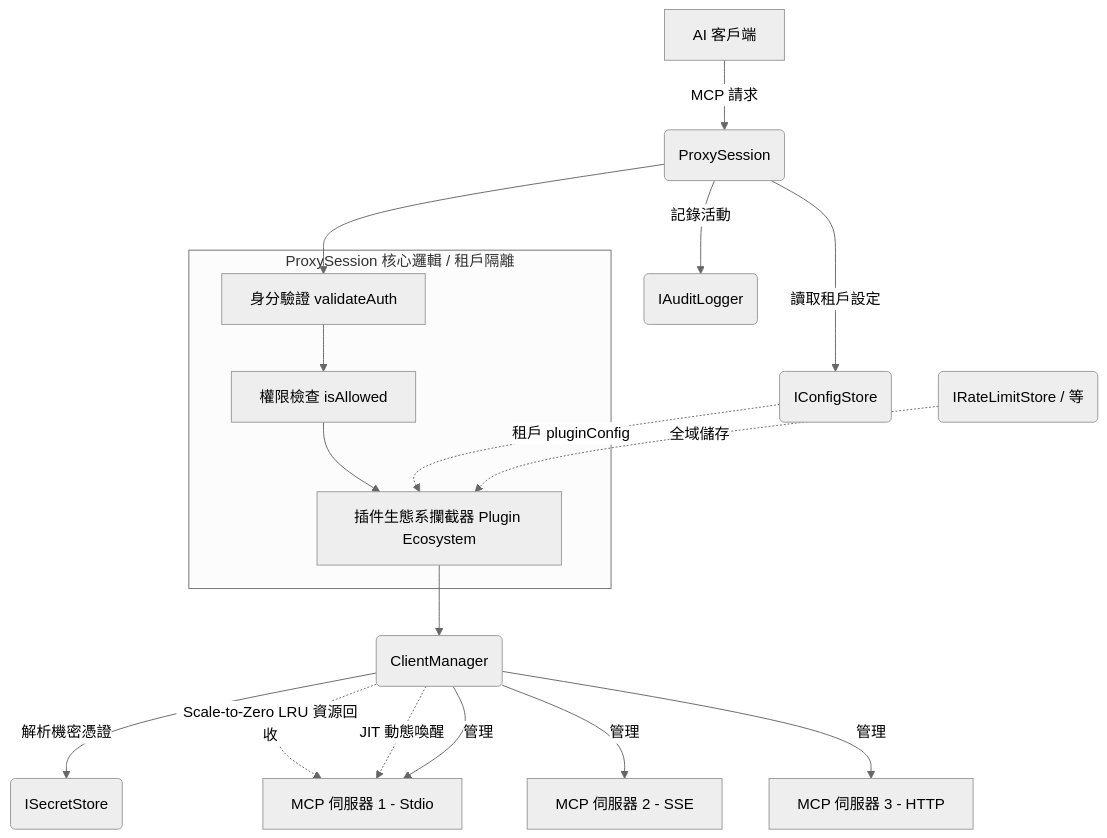
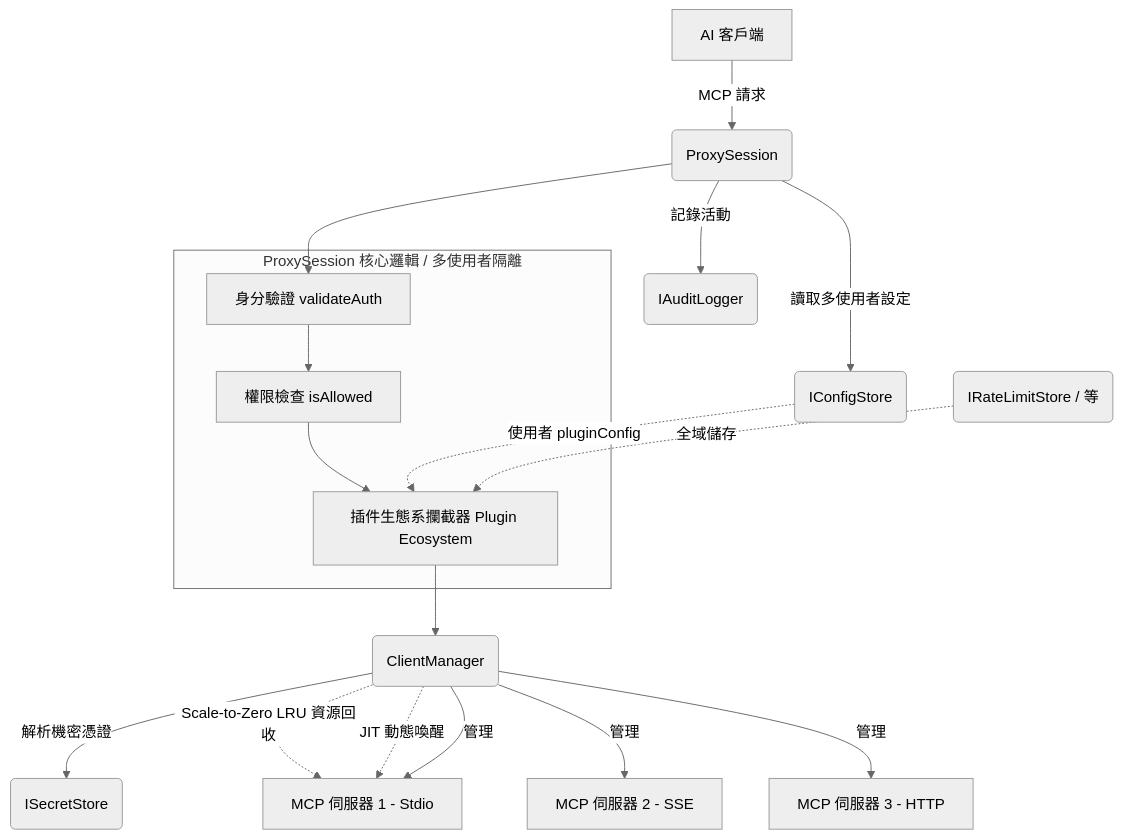
Before and after one commit to Cyber-Sec-Space/aag-core: the second of 2 diagrams in ARCHITECTURE.md, drawn with Mermaid (neutral theme). The commit also changed other lines of this file and 2 other files, not shown here.

````diff
--- a/ARCHITECTURE.md
+++ b/ARCHITECTURE.md
@@ -84,28 +84,28 @@
 ```mermaid
 graph TD
     Client[AI 客戶端] -->|MCP 請求| Proxy(ProxySession)
     
-    subgraph ProxyInternal [ProxySession 核心邏輯 / 租戶隔離]
+    subgraph ProxyInternal [ProxySession 核心邏輯 / 多使用者隔離]
         Auth[身分驗證 validateAuth]
         RBAC[權限檢查 isAllowed]
         Plugin[插件生態系攔截器 Plugin Ecosystem]
     end
     
     Proxy --> Auth
     Auth --> RBAC
     RBAC --> Plugin
     Plugin --> CM(ClientManager)
 
-    Proxy -->|讀取租戶設定| Config(IConfigStore)
+    Proxy -->|讀取多使用者設定| Config(IConfigStore)
     Proxy -->|記錄活動| Logger(IAuditLogger)
     
-    Config -.->|租戶 pluginConfig| Plugin
+    Config -.->|使用者 pluginConfig| Plugin
     State(IRateLimitStore / 等) -.->|全域儲存| Plugin
     
     CM -->|解析機密憑證| Secrets(ISecretStore)
     CM -.->|Scale-to-Zero LRU 資源回收| Downstream1
     CM -.->|JIT 動態喚醒| Downstream1
     CM -->|管理| Downstream1[MCP 伺服器 1 - Stdio]
     CM -->|管理| Downstream2[MCP 伺服器 2 - SSE]
     CM -->|管理| Downstream3[MCP 伺服器 3 - HTTP]
 ```
````
